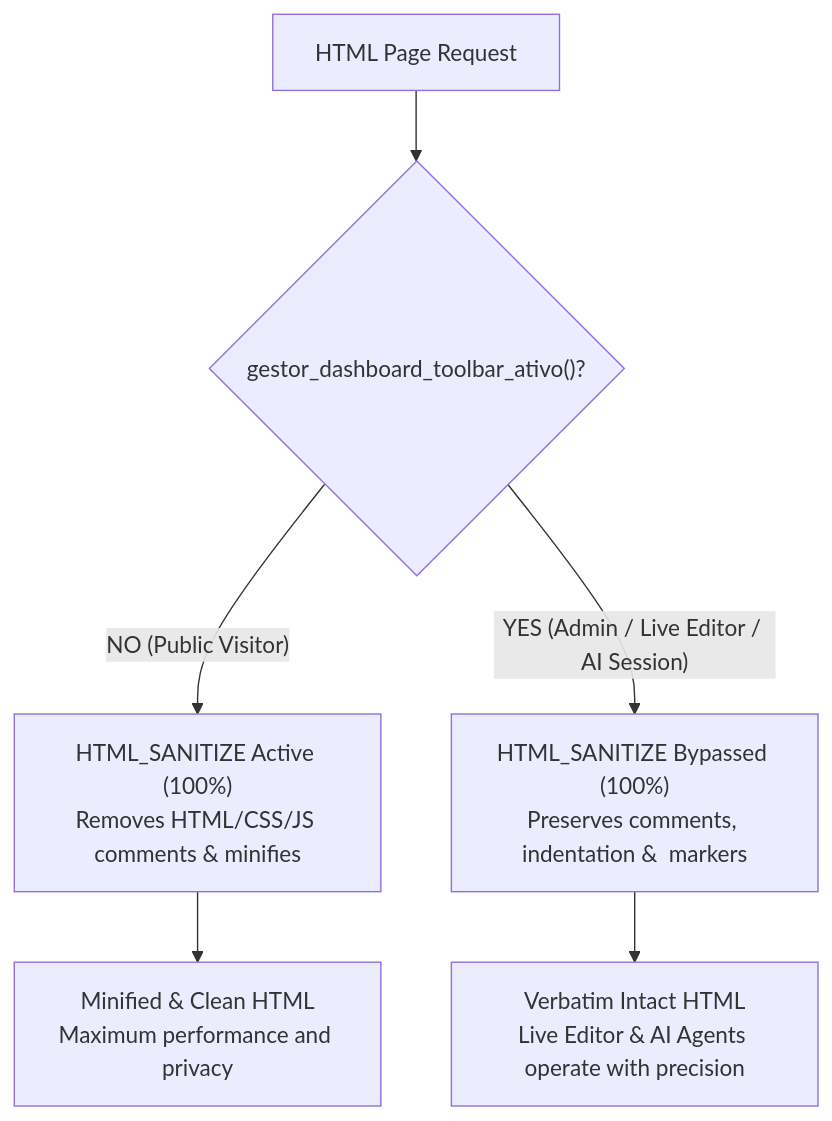
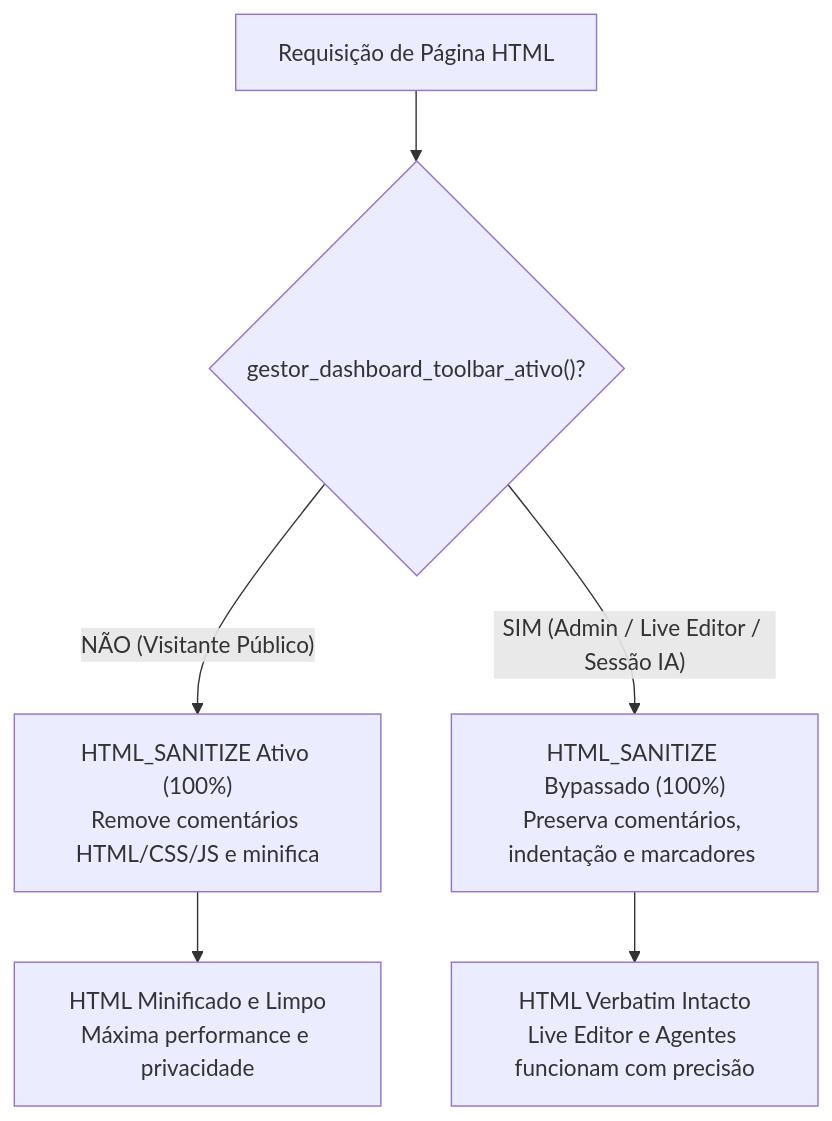
One commit to otavioserra/conn2flow-ai-workspace changed the diagram in templates/en/templates/private-project-copilot-kit/.github/skills/c2f-html-css-pages-and-components/SKILL.md. Above: the diagram before and after it, drawn with Mermaid. The commit also changed other lines of this file and 56 other files, not shown here.

````diff
--- a/templates/en/templates/private-project-copilot-kit/.github/skills/c2f-html-css-pages-and-components/SKILL.md
+++ b/templates/en/templates/private-project-copilot-kit/.github/skills/c2f-html-css-pages-and-components/SKILL.md
@@ -41,8 +41,8 @@
 ```mermaid
 flowchart TD
-    Req["HTML Page Request"] --> Check{"gestor_dashboard_toolbar_ativo()?"}
-    Check -- "NO (Public Visitor)" --> Sanitize["HTML_SANITIZE Active (100%)<br/>Removes HTML/CSS/JS comments & minifies"]
-    Sanitize --> OutputPublic["Minified & Clean HTML<br/>Maximum performance and privacy"]
-    Check -- "YES (Admin / Live Editor / AI Session)" --> Bypass["HTML_SANITIZE Bypassed (100%)<br/>Preserves comments, indentation & <!-- widgets# --> markers"]
-    Bypass --> OutputAdmin["Verbatim Intact HTML<br/>Live Editor & AI Agents operate with precision"]
+    Req["Requisição de Página HTML"] --> Check{"gestor_dashboard_toolbar_ativo()?"}
+    Check -- "NÃO (Visitante Público)" --> Sanitize["HTML_SANITIZE Ativo (100%)<br/>Remove comentários HTML/CSS/JS e minifica"]
+    Sanitize --> OutputPublic["HTML Minificado e Limpo<br/>Máxima performance e privacidade"]
+    Check -- "SIM (Admin / Live Editor / Sessão IA)" --> Bypass["HTML_SANITIZE Bypassado (100%)<br/>Preserva comentários, indentação e marcadores <!-- widgets# -->"]
+    Bypass --> OutputAdmin["HTML Verbatim Intacto<br/>Live Editor e Agentes funcionam com precisão"]
 ```
````
